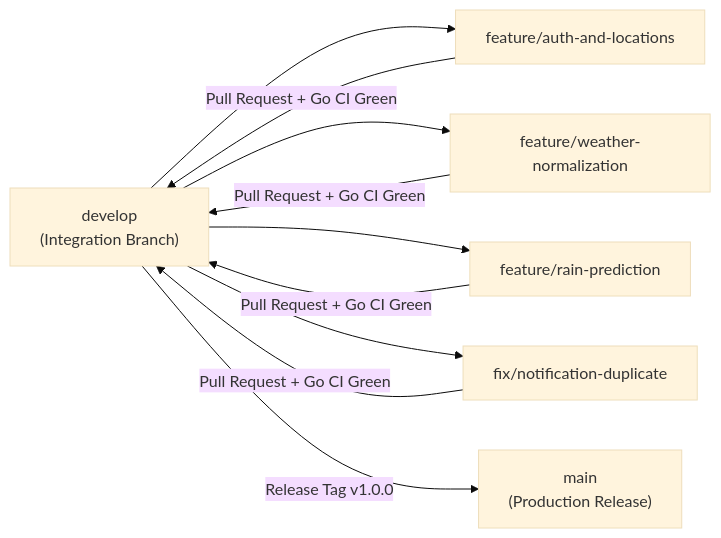
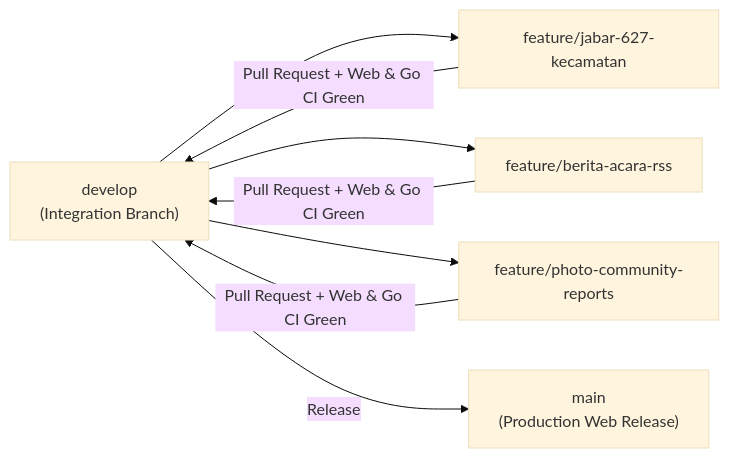
One commit to afrizadwi21/weatherly changed the diagram in docs/deployment/DEVELOPMENT_WORKFLOW.md. Above: the diagram before and after it, drawn with Mermaid (base theme). The commit also changed other lines of this file and 31 other files, not shown here.

Commit message:
feat(web): complete West Java 27 Kota/Kab & 627 Kecamatan BMKG 32 web platform, live Berita Acara, daily forecasts, photo community reports, and remove mobile dependencies

````diff
--- a/docs/deployment/DEVELOPMENT_WORKFLOW.md
+++ b/docs/deployment/DEVELOPMENT_WORKFLOW.md
@@ -22,15 +20,12 @@
 ```mermaid
 flowchart LR
-    Main["main\n(Production Release)"]
+    Main["main\n(Production Web Release)"]
     Dev["develop\n(Integration Branch)"]
-    Feat1["feature/auth-and-locations"]
-    Feat2["feature/weather-normalization"]
-    Feat3["feature/rain-prediction"]
-    Fix1["fix/notification-duplicate"]
+    Feat1["feature/jabar-627-kecamatan"]
+    Feat2["feature/berita-acara-rss"]
+    Feat3["feature/photo-community-reports"]
 
     Dev --> Feat1 & Feat2 & Feat3
-    Feat1 & Feat2 & Feat3 -->|Pull Request + Go CI Green| Dev
-    Dev --> Fix1
-    Fix1 -->|Pull Request + Go CI Green| Dev
-    Dev -->|Release Tag v1.0.0| Main
+    Feat1 & Feat2 & Feat3 -->|Pull Request + Web & Go CI Green| Dev
+    Dev -->|Release| Main
 ```
````
